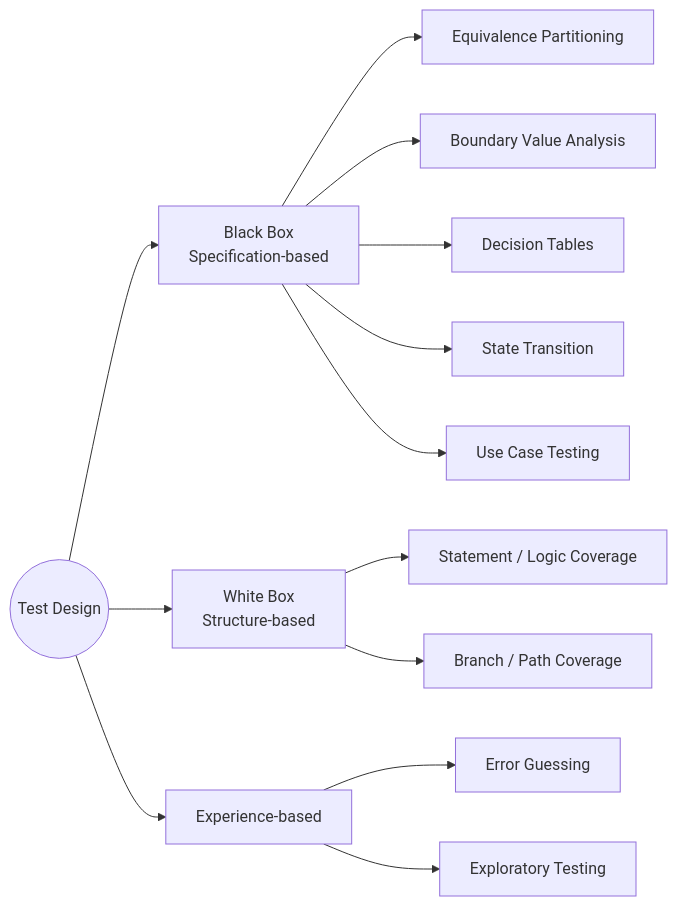
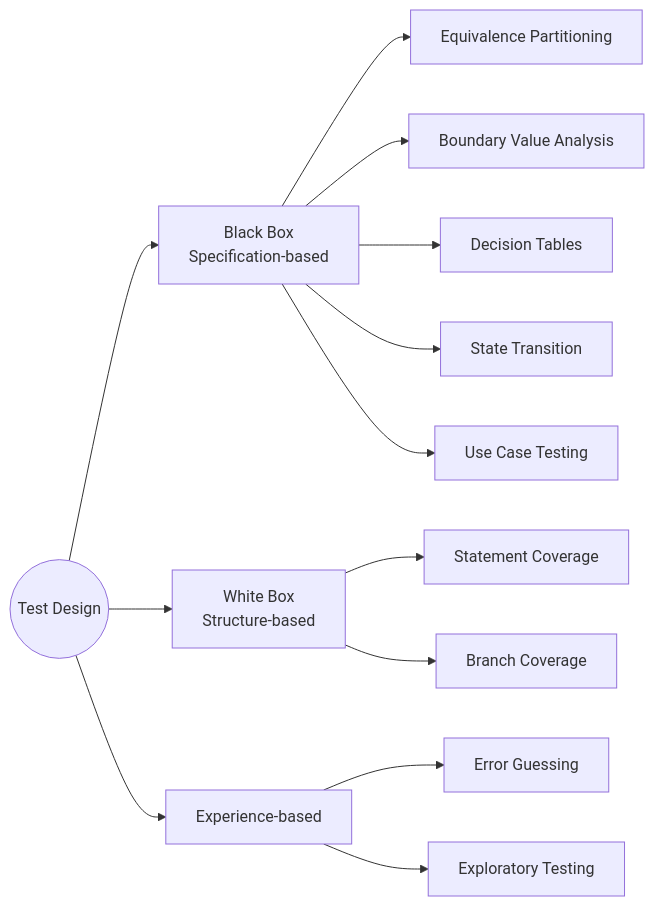
Before and after one commit to VadymMazur/Portfolio: the diagram in Mindmaps/Test_Design_Techniques.md, drawn with Mermaid. The commit also changed other lines of this file and 46 other files, not shown here.

````diff
--- a/Mindmaps/Test_Design_Techniques.md
+++ b/Mindmaps/Test_Design_Techniques.md
@@ -10,22 +10,22 @@
 ```mermaid
 graph LR
   TDT((Test Design)) --> Black[Black Box <br/> Specification-based]
   TDT --> White[White Box <br/> Structure-based]
   TDT --> Exp[Experience-based]
 
   %% Black Box Techniques
   Black --> EP[Equivalence Partitioning]
   Black --> BVA[Boundary Value Analysis]
   Black --> DT[Decision Tables]
   Black --> ST[State Transition]
   Black --> UC[Use Case Testing]
 
   %% White Box Techniques
-  White --> SC[Statement / Logic Coverage]
-  White --> DC[Branch / Path Coverage]
+  White --> SC[Statement Coverage]
+  White --> DC[Branch Coverage]
 
   %% Experience-based Techniques
   Exp --> EG[Error Guessing]
   Exp --> ET[Exploratory Testing]
 
   ```
````
